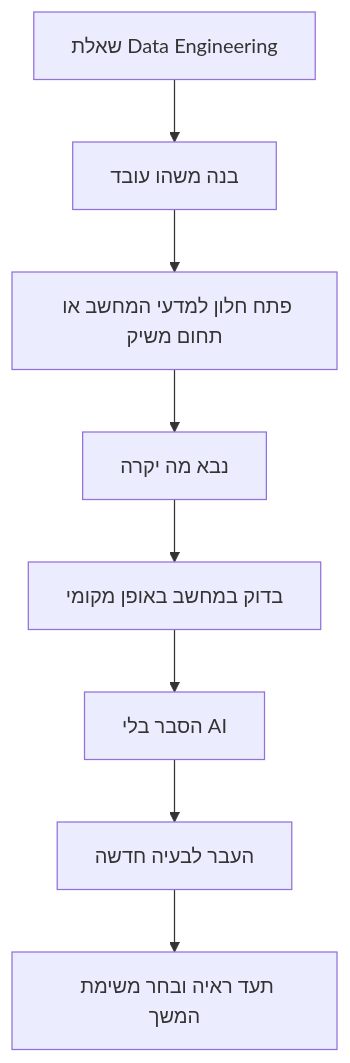
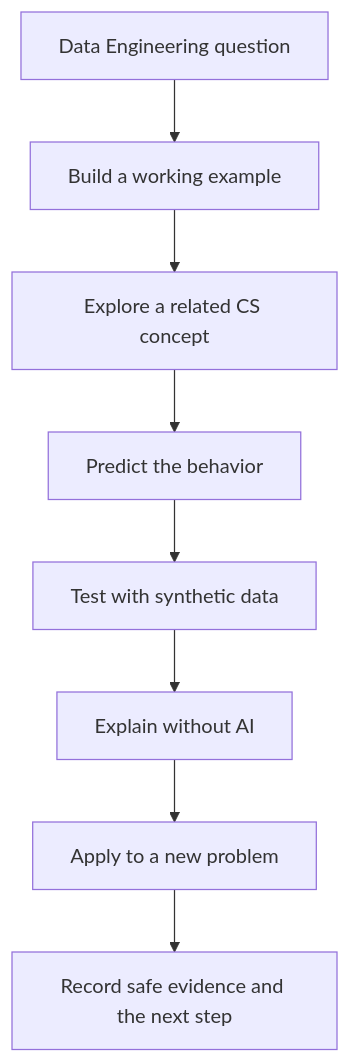
Before and after one commit to MeiRR17/data-engineering-mastery: the diagram in docs/BREADTH-FOUNDATIONS.he.md, drawn with Mermaid. The commit also changed other lines of this file and 82 other files, not shown here.

First line of the commit message:
docs: English-first Data Engineering training and visual VS Code setup (#16)

````diff
--- a/docs/BREADTH-FOUNDATIONS.he.md
+++ b/docs/BREADTH-FOUNDATIONS.he.md
@@ -10,10 +9,10 @@
-```mermaid
+~~~mermaid
 flowchart TD
-    A[שאלת Data Engineering] --> B[בנה משהו עובד]
-    B --> C[פתח חלון למדעי המחשב או תחום משיק]
-    C --> D[נבא מה יקרה]
-    D --> E[בדוק במחשב באופן מקומי]
-    E --> F[הסבר בלי AI]
-    F --> G[העבר לבעיה חדשה]
-    G --> H[תעד ראיה ובחר משימת המשך]
-```
+  A[Data Engineering question] --> B[Build a working example]
+  B --> C[Explore a related CS concept]
+  C --> D[Predict the behavior]
+  D --> E[Test with synthetic data]
+  E --> F[Explain without AI]
+  F --> G[Apply to a new problem]
+  G --> H[Record safe evidence and the next step]
+~~~
````
